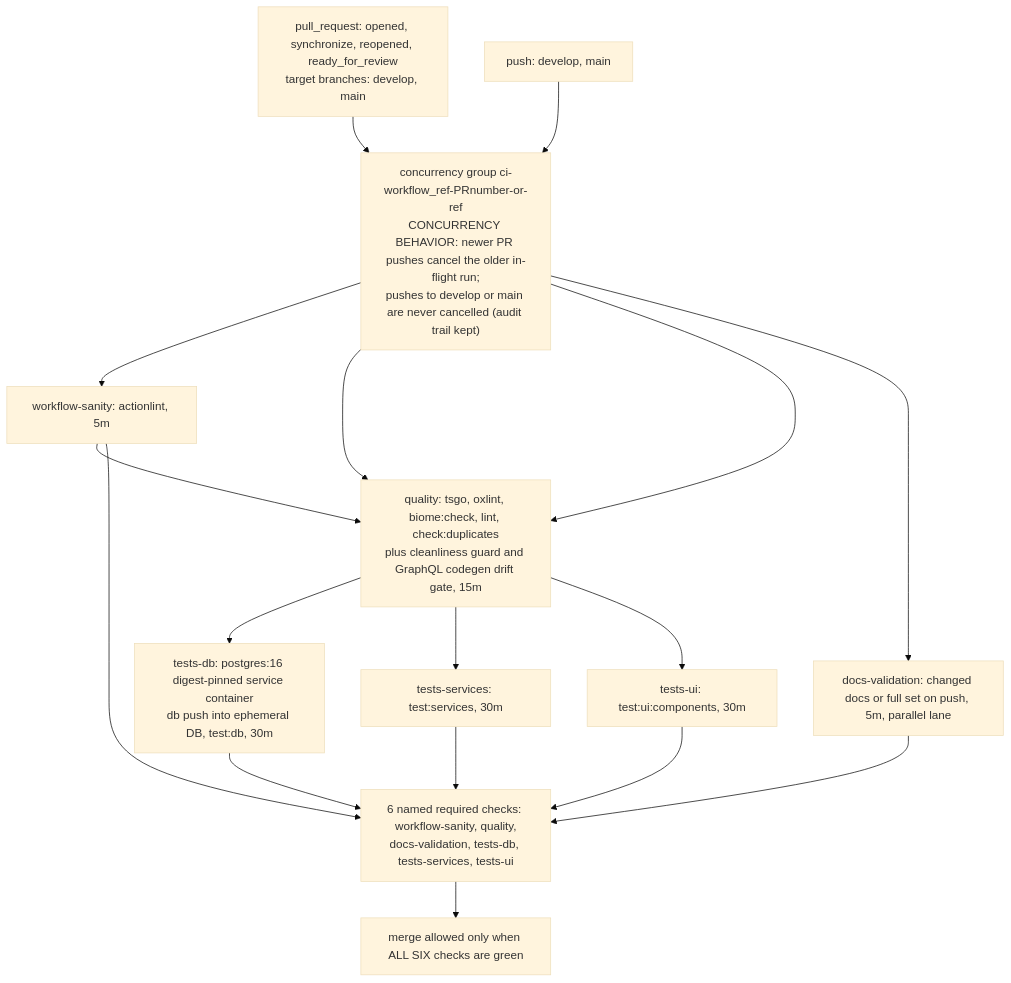
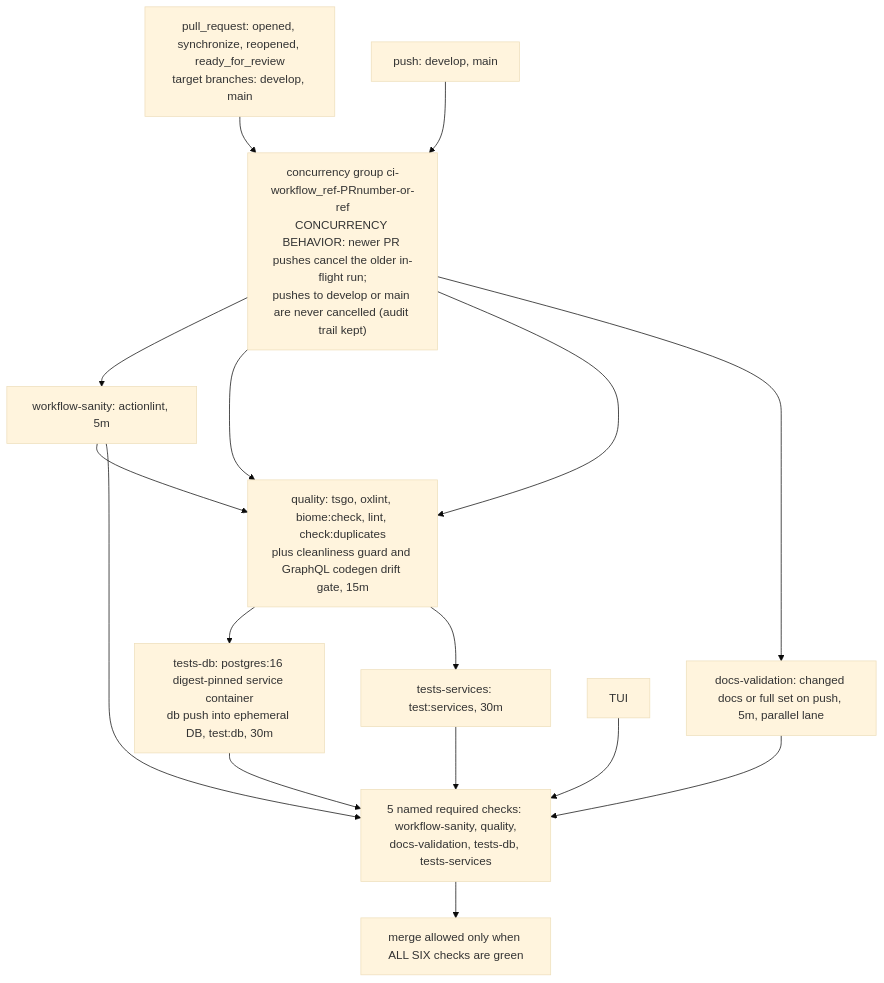
One commit to kottaby/kottaby changed the diagram in docs/quality/ci-pipeline.md. Above: the diagram before and after it, drawn with Mermaid (base theme). The commit also changed other lines of this file and 497 other files, not shown here.

````diff
--- a/docs/quality/ci-pipeline.md
+++ b/docs/quality/ci-pipeline.md
@@ -38,23 +37,21 @@
 ```mermaid
 flowchart TD
     PR["pull_request: opened, synchronize, reopened, ready_for_review<br/>target branches: develop, main"] --> CONC
     PUSH["push: develop, main"] --> CONC
     CONC["concurrency group ci-workflow_ref-PRnumber-or-ref<br/>CONCURRENCY BEHAVIOR: newer PR pushes cancel the older in-flight run;<br/>pushes to develop or main are never cancelled (audit trail kept)"] --> WS
     CONC --> Q
     CONC --> Q
     CONC --> DOCS
     WS["workflow-sanity: actionlint, 5m"] --> Q
     Q["quality: tsgo, oxlint, biome:check, lint, check:duplicates<br/>plus cleanliness guard and GraphQL codegen drift gate, 15m"] --> TDB
     Q --> TSVC
-    Q --> TUI
     DOCS["docs-validation: changed docs or full set on push, 5m, parallel lane"]
     TDB["tests-db: postgres:16 digest-pinned service container<br/>db push into ephemeral DB, test:db, 30m"]
     TSVC["tests-services: test:services, 30m"]
-    TUI["tests-ui: test:ui:components, 30m"]
-    WS --> CHKS["6 named required checks: workflow-sanity, quality,<br/>docs-validation, tests-db, tests-services, tests-ui"]
+    WS --> CHKS["5 named required checks: workflow-sanity, quality,<br/>docs-validation, tests-db, tests-services"]
     DOCS --> CHKS
     TDB --> CHKS
     TSVC --> CHKS
     TUI --> CHKS
     CHKS --> MERGE["merge allowed only when ALL SIX checks are green"]
 ```
````
